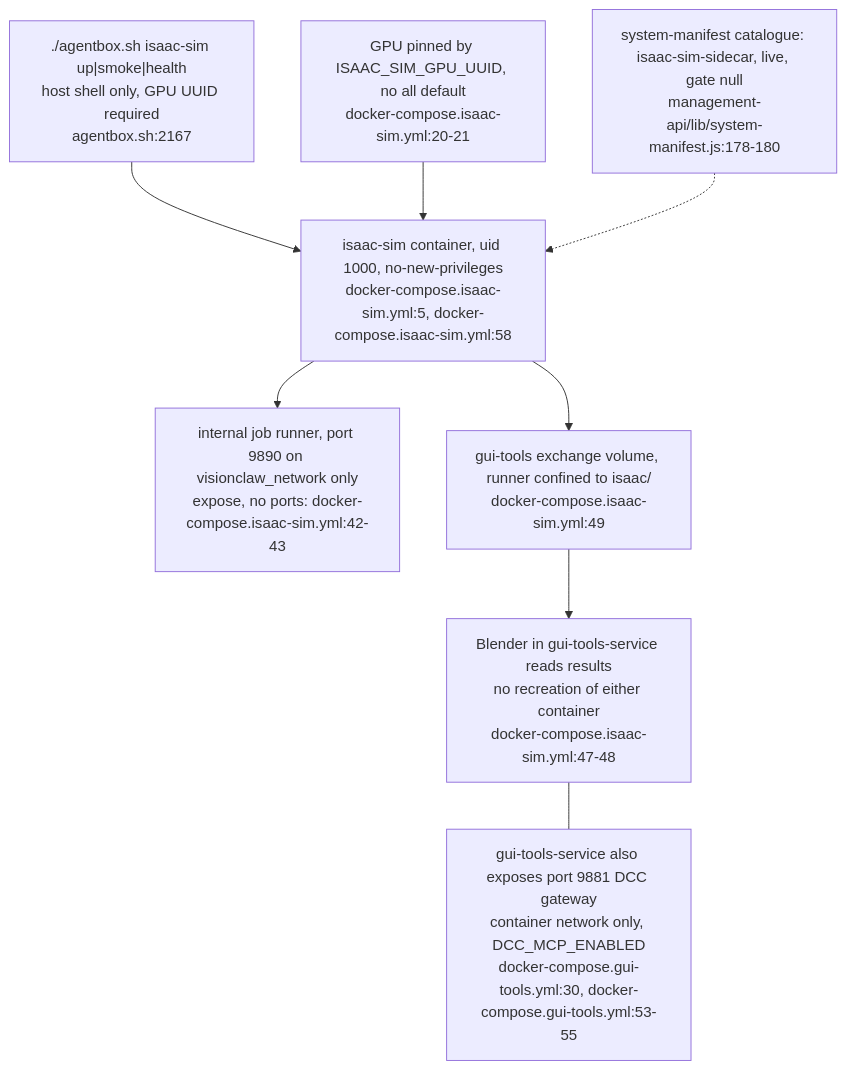
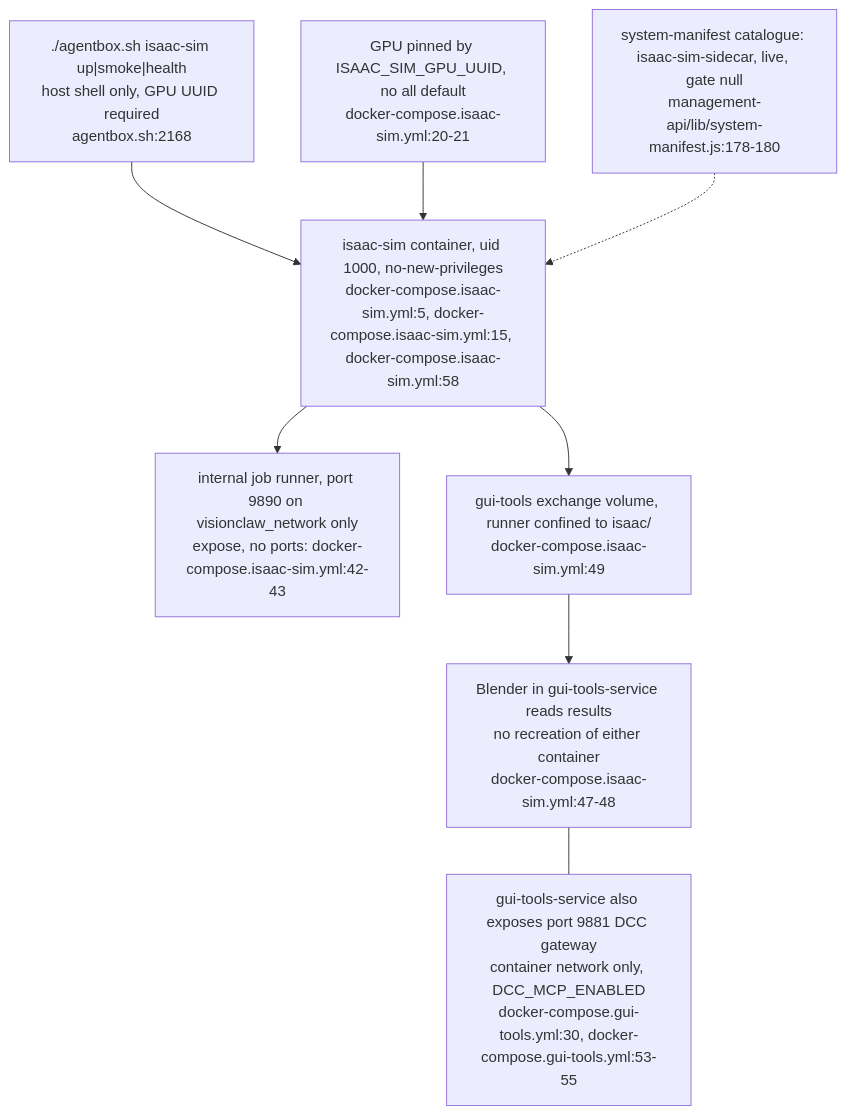
Before and after one commit to DreamLab-AI/VisionFlow: diagram 14 of 14 in docs/diagrams/agentbox/27-media-gpu-capability-services.md, drawn with Mermaid. The commit also changed other lines of this file and 173 other files, not shown here.

````diff
--- a/docs/diagrams/agentbox/27-media-gpu-capability-services.md
+++ b/docs/diagrams/agentbox/27-media-gpu-capability-services.md
@@ -541,18 +543,18 @@
 ```mermaid
 flowchart TB
-    CLI["./agentbox.sh isaac-sim up|smoke|health<br/>host shell only, GPU UUID required<br/>agentbox.sh:2167"]
-    SVC["isaac-sim container, uid 1000, no-new-privileges<br/>docker-compose.isaac-sim.yml:5, docker-compose.isaac-sim.yml:58"]
+    CLI["./agentbox.sh isaac-sim up|smoke|health<br/>host shell only, GPU UUID required<br/>agentbox.sh:2168"]
+    SVC["isaac-sim container, uid 1000, no-new-privileges<br/>docker-compose.isaac-sim.yml:5, docker-compose.isaac-sim.yml:15, docker-compose.isaac-sim.yml:58"]
     GPU["GPU pinned by ISAAC_SIM_GPU_UUID, no all default<br/>docker-compose.isaac-sim.yml:20-21"]
     RUN["internal job runner, port 9890 on visionclaw_network only<br/>expose, no ports: docker-compose.isaac-sim.yml:42-43"]
     VOL["gui-tools exchange volume, runner confined to isaac/<br/>docker-compose.isaac-sim.yml:49"]
     BLD["Blender in gui-tools-service reads results<br/>no recreation of either container<br/>docker-compose.isaac-sim.yml:47-48"]
     DCC["gui-tools-service also exposes port 9881 DCC gateway<br/>container network only, DCC_MCP_ENABLED<br/>docker-compose.gui-tools.yml:30, docker-compose.gui-tools.yml:53-55"]
     CAT["system-manifest catalogue: isaac-sim-sidecar, live, gate null<br/>management-api/lib/system-manifest.js:178-180"]
     CLI --> SVC
     GPU --> SVC
     SVC --> RUN
     SVC --> VOL
     VOL --> BLD
     BLD --- DCC
     CAT -.-> SVC
 ```
````
